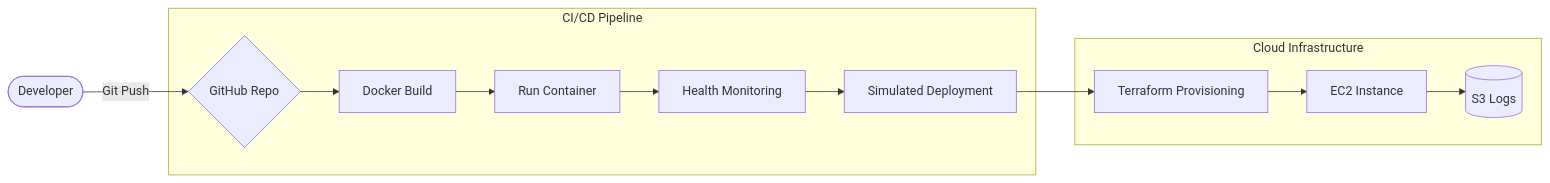
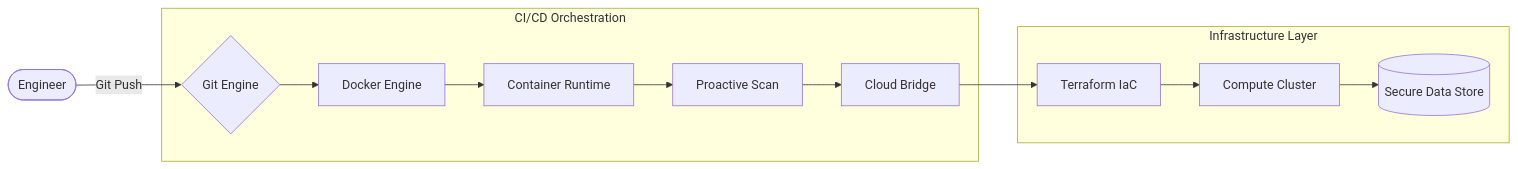
The first of 2 diagrams in README.md (01Sachinc/enterprise-devops-pipeline), drawn with Mermaid before and after one commit. The commit also changed other lines of this file and 8 other files, not shown here.

````diff
--- a/README.md
+++ b/README.md
@@ -24,15 +19,15 @@
 ```mermaid
 graph LR
-    Dev([Developer]) -->|Git Push| GitHub{GitHub Repo}
-    subgraph pipeline ["CI/CD Pipeline"]
-        GitHub --> Build[Docker Build]
-        Build --> Run[Run Container]
-        Run --> Health[Health Monitoring]
-        Health --> Deploy[Simulated Deployment]
+    Dev([Engineer]) -->|Git Push| GitHub{Git Engine}
+    subgraph pipeline ["CI/CD Orchestration"]
+        GitHub --> Build[Docker Engine]
+        Build --> Run[Container Runtime]
+        Run --> Health[Proactive Scan]
+        Health --> Deploy[Cloud Bridge]
     end
-    subgraph infra ["Cloud Infrastructure"]
-        Deploy --> Provision[Terraform Provisioning]
-        Provision --> EC2[EC2 Instance]
-        EC2 --> S3[(S3 Logs)]
+    subgraph infra ["Infrastructure Layer"]
+        Deploy --> Provision[Terraform IaC]
+        Provision --> Cluster[Compute Cluster]
+        Cluster --> Storage[(Secure Data Store)]
     end
 ```
````
